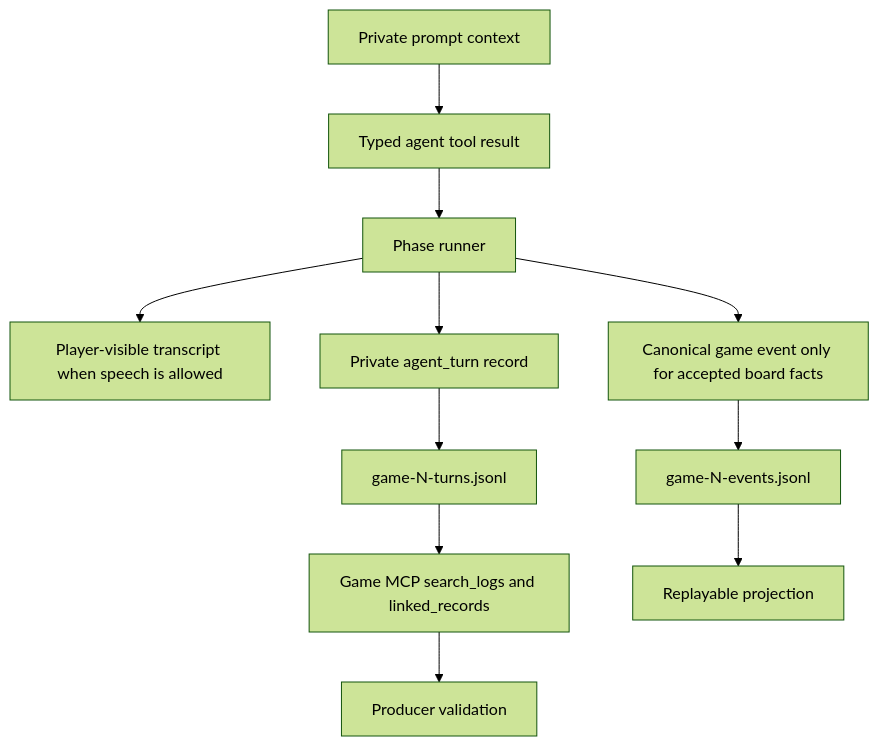
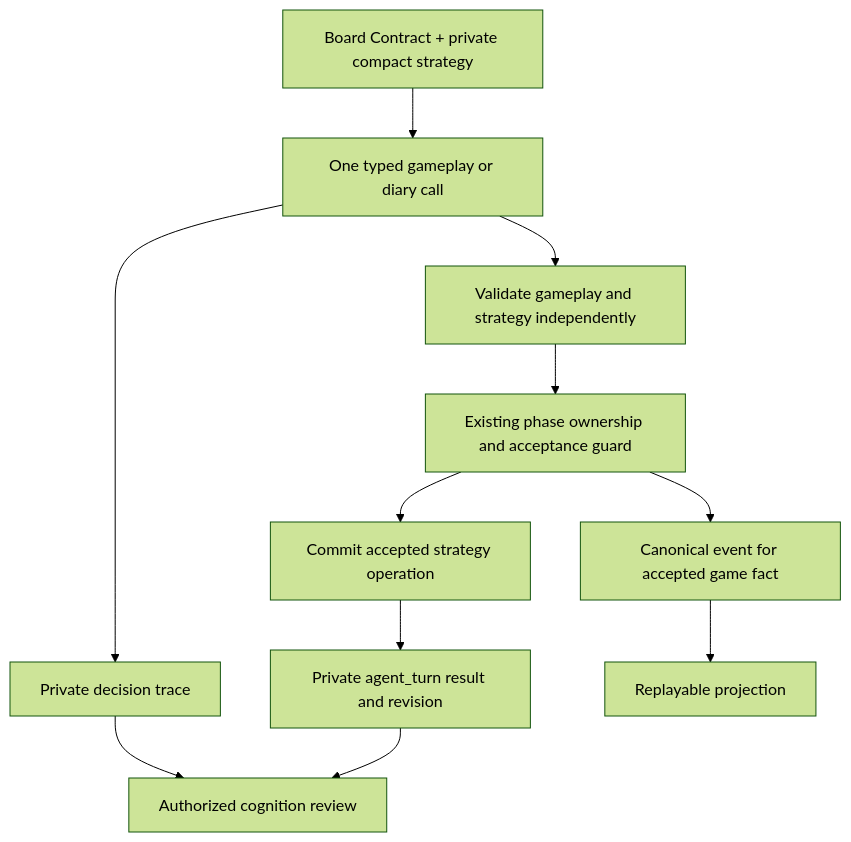
Before and after one commit to 0xFlicker/influence-game: the diagram in docs/solutions/architecture-patterns/agent-strategy-observability-spine.md, drawn with Mermaid (forest theme). The commit also changed other lines of this file and 10 other files, not shown here.

Commit message:
test: freeze accepted Sage strategy scenario

````diff
--- a/docs/solutions/architecture-patterns/agent-strategy-observability-spine.md
+++ b/docs/solutions/architecture-patterns/agent-strategy-observability-spine.md
@@ -43,13 +38,13 @@
 ```mermaid
 flowchart TB
-  Prompt["Private prompt context"] --> Tool["Typed agent tool result"]
-  Tool --> Phase["Phase runner"]
-  Phase --> Public["Player-visible transcript when speech is allowed"]
-  Phase --> Private["Private agent_turn record"]
-  Phase --> Canonical["Canonical game event only for accepted board facts"]
-  Private --> Turns["game-N-turns.jsonl"]
-  Canonical --> Events["game-N-events.jsonl"]
-  Turns --> MCP["Game MCP search_logs and linked_records"]
-  Events --> Projection["Replayable projection"]
-  MCP --> Review["Producer validation"]
+  Prompt["Board Contract + private compact strategy"] --> Call["One typed gameplay or diary call"]
+  Call --> Validate["Validate gameplay and strategy independently"]
+  Validate --> Guard["Existing phase ownership and acceptance guard"]
+  Guard --> Canonical["Canonical event for accepted game fact"]
+  Guard --> Strategy["Commit accepted strategy operation"]
+  Call --> Trace["Private decision trace"]
+  Strategy --> Turn["Private agent_turn result and revision"]
+  Canonical --> Replay["Replayable projection"]
+  Trace --> Review["Authorized cognition review"]
+  Turn --> Review
 ```
````
